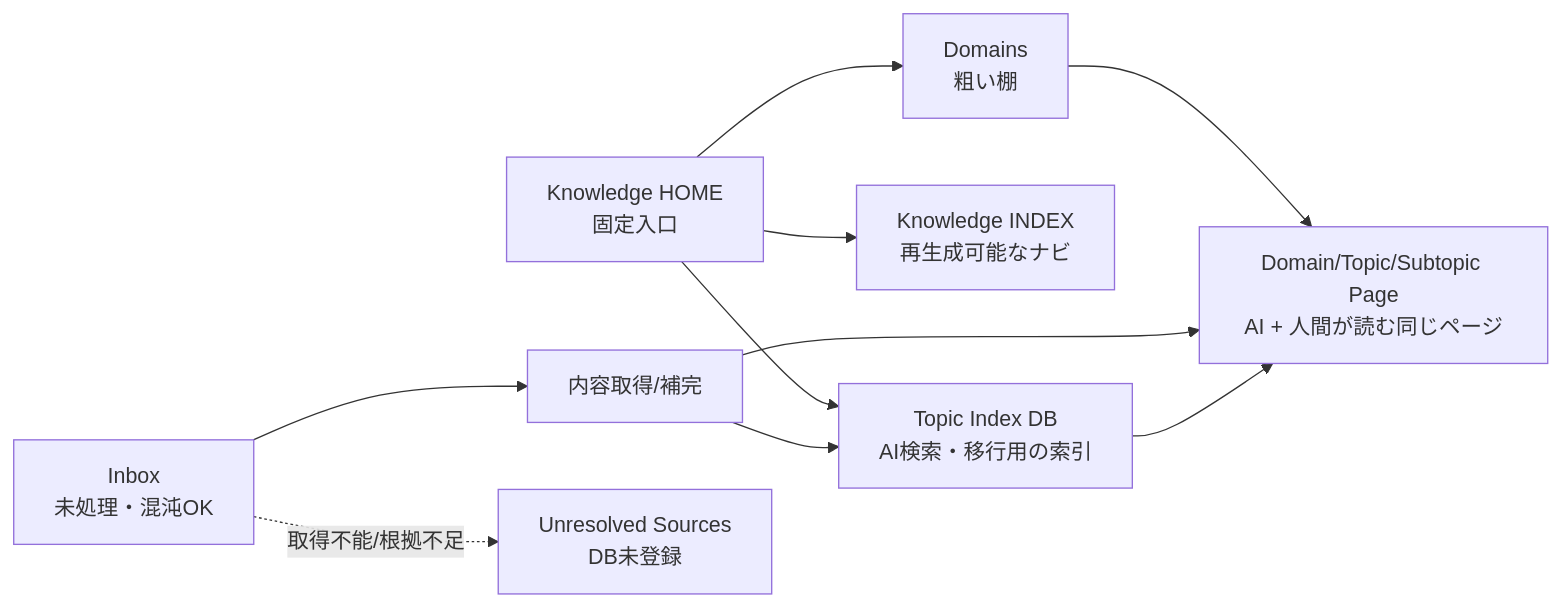
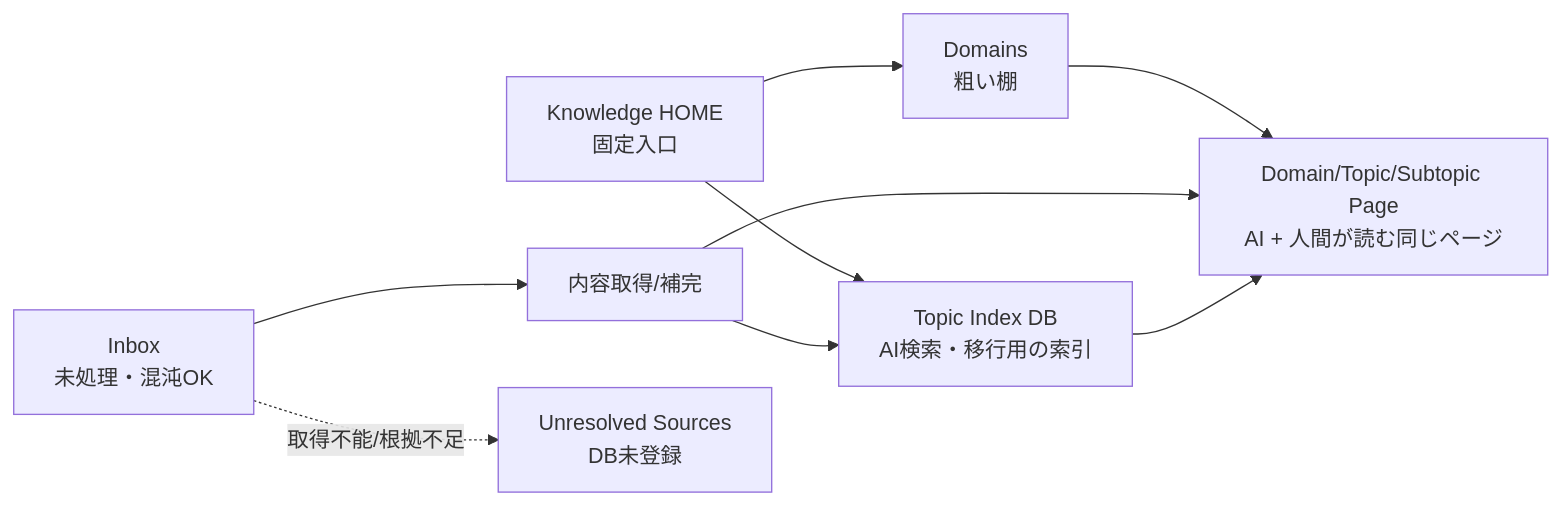
One commit to yoshiysh/claude-plugins changed the diagram in .agents/skills/notion-organize-knowledge/SKILL.md. Above: the diagram before and after it, drawn with Mermaid. The commit also changed other lines of this file and 7 other files, not shown here.

Commit message:
Update Notion organization skill flow

````diff
--- a/.agents/skills/notion-organize-knowledge/SKILL.md
+++ b/.agents/skills/notion-organize-knowledge/SKILL.md
@@ -24,12 +32,11 @@
 ```mermaid
 flowchart LR
   H["Knowledge HOME\n固定入口"] --> DB["Topic Index DB\nAI検索・移行用の索引"]
-  H --> K["Knowledge INDEX\n再生成可能なナビ"]
   H --> D["Domains\n粗い棚"]
   I["Inbox\n未処理・混沌OK"] --> E["内容取得/補完"]
   E --> DB
   D --> TP["Domain/Topic/Subtopic Page\nAI + 人間が読む同じページ"]
   E --> TP
   DB --> TP
   I -.取得不能/根拠不足.-> R["Unresolved Sources\nDB未登録"]
 ```
````
